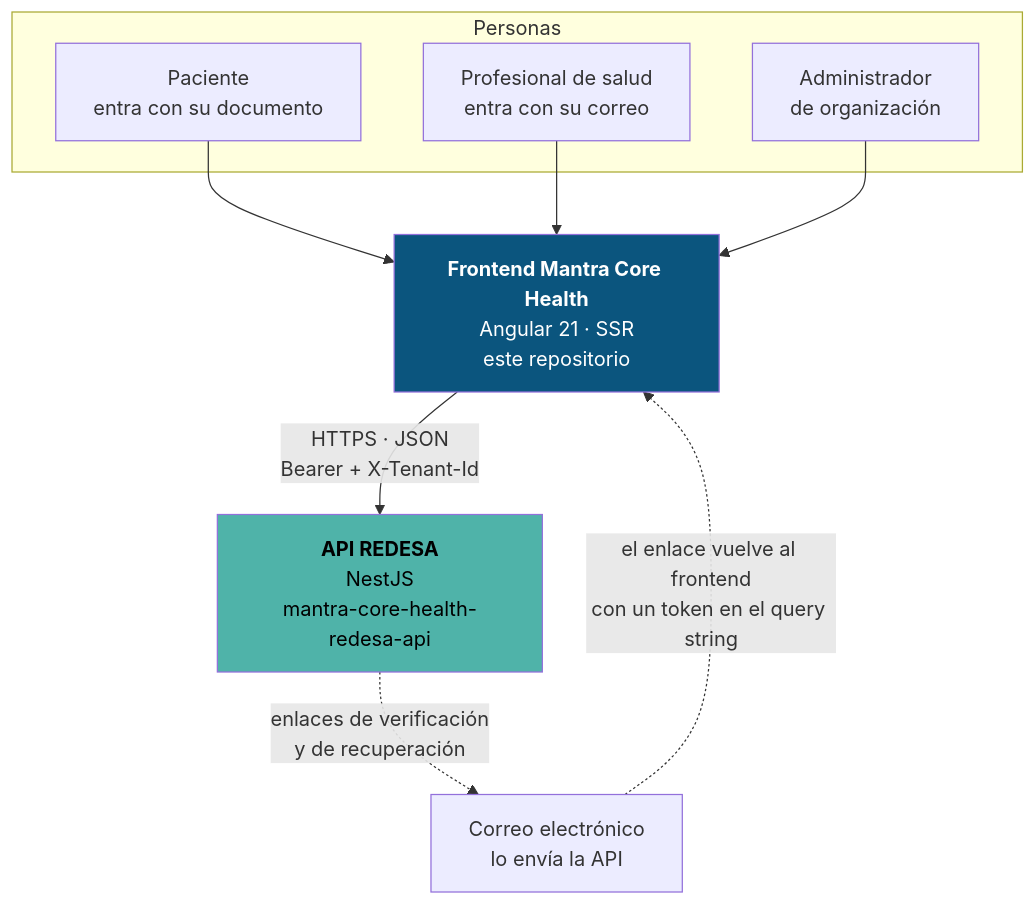
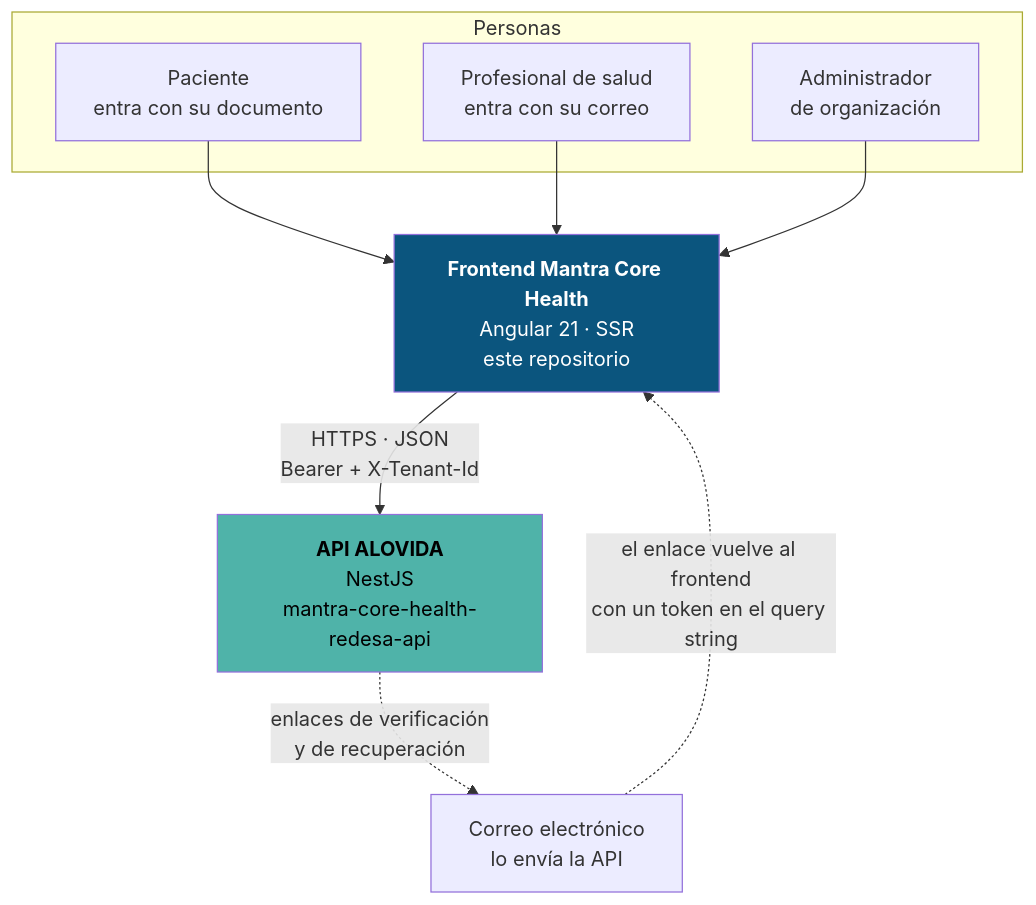
The first of 2 diagrams in docs/architecture/system-context.md (mdavila-2001/mantra-core-health), drawn with Mermaid before and after one commit. The commit also changed other lines of this file and 620 other files, not shown here.

First line of the commit message:
refactor(marca): fuera REDESA, VITARA y REDSAT — el nombre es ALOVIDA

````diff
--- a/docs/architecture/system-context.md
+++ b/docs/architecture/system-context.md
@@ -7,23 +7,23 @@
 ```mermaid
 graph TB
   subgraph Personas
     PAC[Paciente<br/>entra con su documento]
     PRO[Profesional de salud<br/>entra con su correo]
     ADM[Administrador<br/>de organización]
   end
 
   FE["<b>Frontend Mantra Core Health</b><br/>Angular 21 · SSR<br/>este repositorio"]
-  API["<b>API REDESA</b><br/>NestJS<br/>mantra-core-health-redesa-api"]
+  API["<b>API ALOVIDA</b><br/>NestJS<br/>mantra-core-health-redesa-api"]
   MAIL[Correo electrónico<br/>lo envía la API]
 
   PAC --> FE
   PRO --> FE
   ADM --> FE
 
   FE -->|HTTPS · JSON<br/>Bearer + X-Tenant-Id| API
   API -.->|enlaces de verificación<br/>y de recuperación| MAIL
   MAIL -.->|el enlace vuelve al frontend<br/>con un token en el query string| FE
 
   style FE fill:#0B557E,color:#fff
   style API fill:#4FB3A9,color:#000
 ```
````
